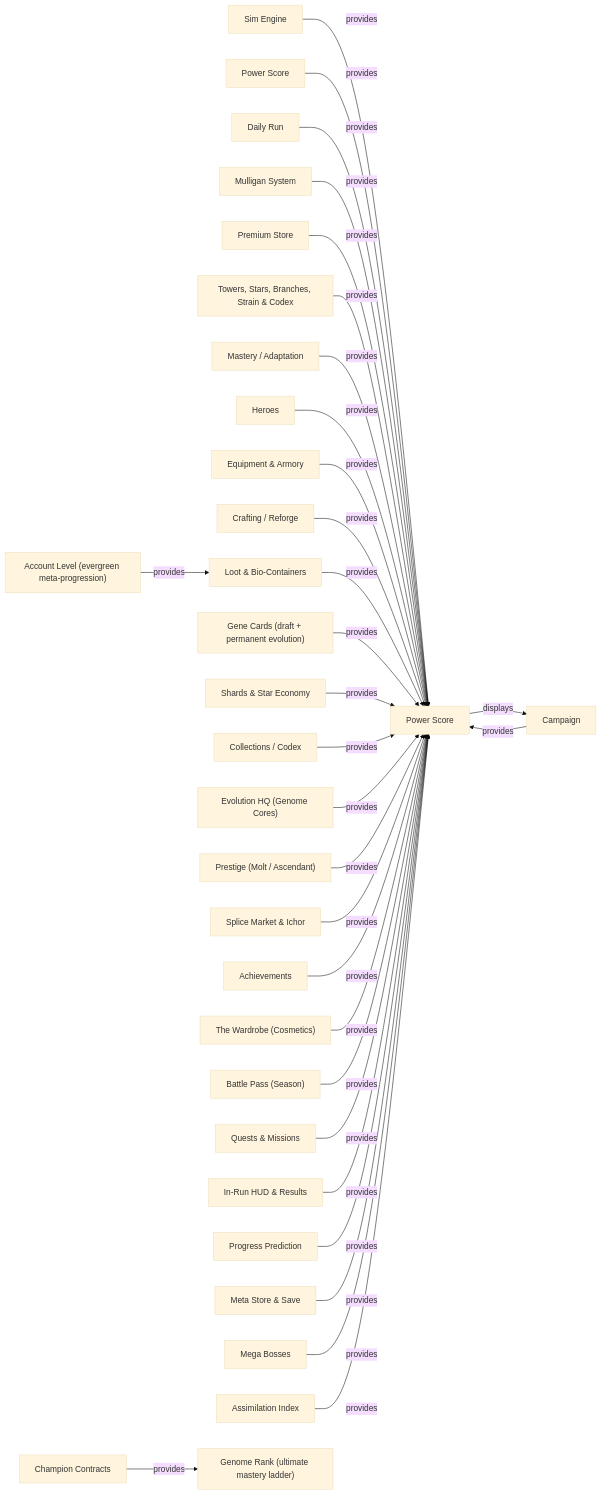
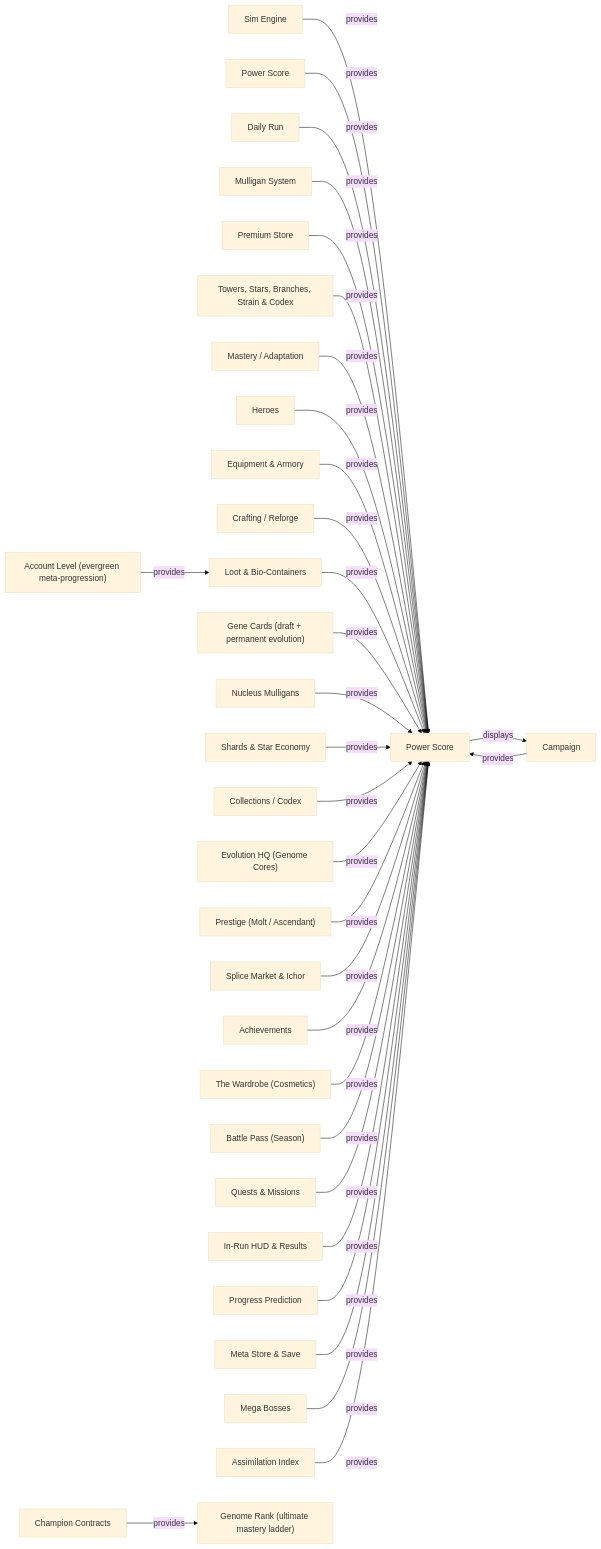
One commit to jathanalston-ship-it/TowerDefenseGame changed the second of 4 diagrams in docs/DIL_GRAPH.md. Above: the diagram before and after it, drawn with Mermaid (base theme). The commit also changed other lines of this file and 25 other files, not shown here.

First line of the commit message:
Nucleus Mulligans: the Hive Nucleus grows its own organ system (save v37)

````diff
--- a/docs/DIL_GRAPH.md
+++ b/docs/DIL_GRAPH.md
@@ -143,33 +145,34 @@
 ```mermaid
 graph LR
   system_engine["Sim Engine"] -->|provides| concept_power_score["Power Score"]
   system_power["Power Score"] -->|provides| concept_power_score["Power Score"]
   system_campaign["Campaign"] -->|provides| concept_power_score["Power Score"]
   system_daily["Daily Run"] -->|provides| concept_power_score["Power Score"]
   system_mulligans["Mulligan System"] -->|provides| concept_power_score["Power Score"]
   system_premium["Premium Store"] -->|provides| concept_power_score["Power Score"]
   system_towers["Towers, Stars, Branches, Strain & Codex"] -->|provides| concept_power_score["Power Score"]
   system_mastery["Mastery / Adaptation"] -->|provides| concept_power_score["Power Score"]
   system_heroes["Heroes"] -->|provides| concept_power_score["Power Score"]
   system_equipment["Equipment & Armory"] -->|provides| concept_power_score["Power Score"]
   system_crafting["Crafting / Reforge"] -->|provides| concept_power_score["Power Score"]
   system_loot["Loot & Bio-Containers"] -->|provides| concept_power_score["Power Score"]
   system_gene_cards["Gene Cards (draft + permanent evolution)"] -->|provides| concept_power_score["Power Score"]
+  system_nucleus["Nucleus Mulligans"] -->|provides| concept_power_score["Power Score"]
   system_shards_economy["Shards & Star Economy"] -->|provides| concept_power_score["Power Score"]
   system_collection["Collections / Codex"] -->|provides| concept_power_score["Power Score"]
   system_evolution_hq["Evolution HQ (Genome Cores)"] -->|provides| concept_power_score["Power Score"]
   system_prestige["Prestige (Molt / Ascendant)"] -->|provides| concept_power_score["Power Score"]
   system_splice_market["Splice Market & Ichor"] -->|provides| concept_power_score["Power Score"]
   system_achievements["Achievements"] -->|provides| concept_power_score["Power Score"]
   system_cosmetics["The Wardrobe (Cosmetics)"] -->|provides| concept_power_score["Power Score"]
   system_battle_pass["Battle Pass (Season)"] -->|provides| concept_power_score["Power Score"]
   system_quests["Quests & Missions"] -->|provides| concept_power_score["Power Score"]
   system_run_ui["In-Run HUD & Results"] -->|provides| concept_power_score["Power Score"]
   system_prediction["Progress Prediction"] -->|provides| concept_power_score["Power Score"]
   system_meta_store["Meta Store & Save"] -->|provides| concept_power_score["Power Score"]
   system_mega_bosses["Mega Bosses"] -->|provides| concept_power_score["Power Score"]
   system_assimilation["Assimilation Index"] -->|provides| concept_power_score["Power Score"]
   concept_power_score["Power Score"] -->|displays| system_campaign["Campaign"]
   system_account_level["Account Level (evergreen meta-progression)"] -->|provides| system_loot["Loot & Bio-Containers"]
   system_contracts["Champion Contracts"] -->|provides| system_genome_rank["Genome Rank (ultimate mastery ladder)"]
 ```
````
